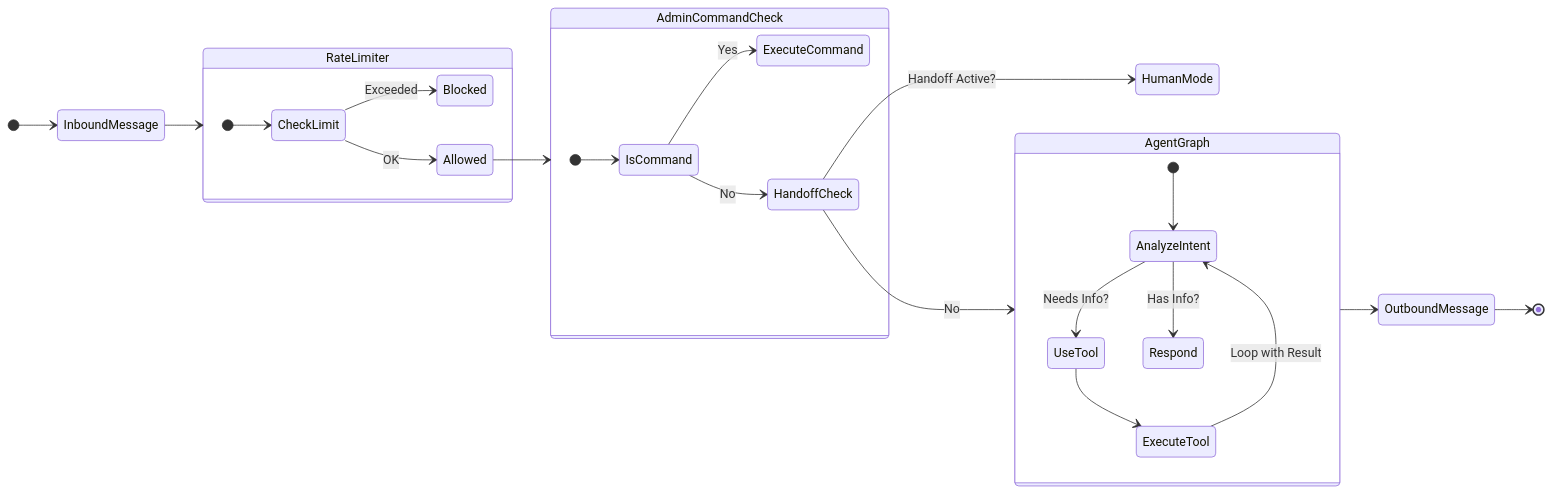
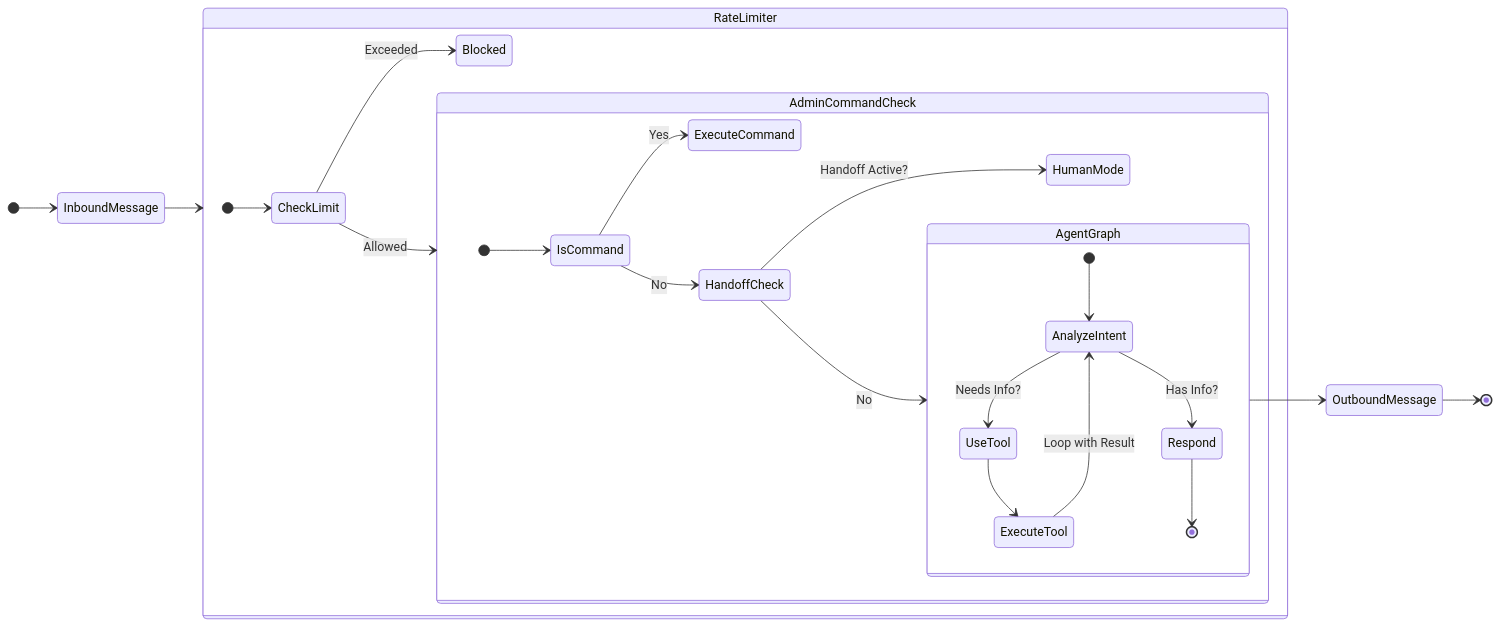
One commit to Juanpa0128j/AI-Powered-Sales-MultiAgent-System-WhatsApp-Messenger changed the second of 2 diagrams in README.md. Above: the diagram before and after it, drawn with Mermaid.

Commit message:
chore(readme): solving 'unable to render rich display' issue on Agent Logic Flow diagram

````diff
--- a/README.md
+++ b/README.md
@@ -75,35 +75,35 @@
 ```mermaid
 stateDiagram-v2
     direction LR
     [*] --> InboundMessage
     InboundMessage --> RateLimiter
     
     state RateLimiter {
         [*] --> CheckLimit
         CheckLimit --> Blocked: Exceeded
-        CheckLimit --> Allowed: OK
+        CheckLimit --> AdminCommandCheck: Allowed
     }
-    
-    Allowed --> AdminCommandCheck
     
     state AdminCommandCheck {
         [*] --> IsCommand
         IsCommand --> ExecuteCommand: Yes
         IsCommand --> HandoffCheck: No
+        
+        HandoffCheck --> HumanMode: Handoff Active?
+        HandoffCheck --> AgentGraph: No
     }
-    
-    HandoffCheck --> HumanMode: Handoff Active?
-    HandoffCheck --> AgentGraph: No
     
     state AgentGraph {
         [*] --> AnalyzeIntent
         AnalyzeIntent --> UseTool: Needs Info?
         AnalyzeIntent --> Respond: Has Info?
         
         UseTool --> ExecuteTool
         ExecuteTool --> AnalyzeIntent: Loop with Result
+        
+        Respond --> [*]
     }
     
     AgentGraph --> OutboundMessage
     OutboundMessage --> [*]
 ```
````
